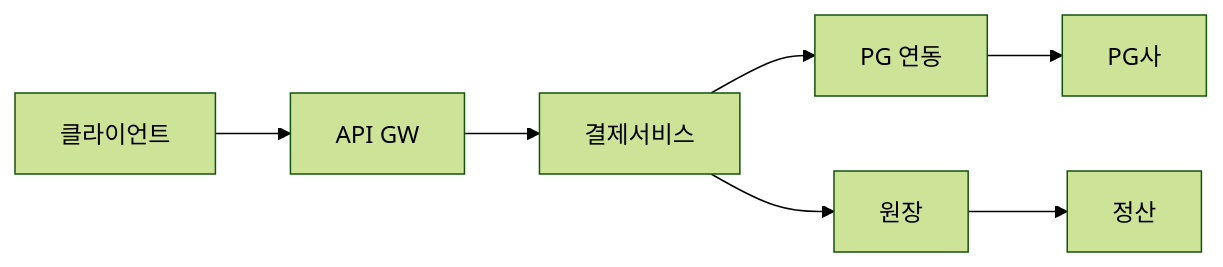
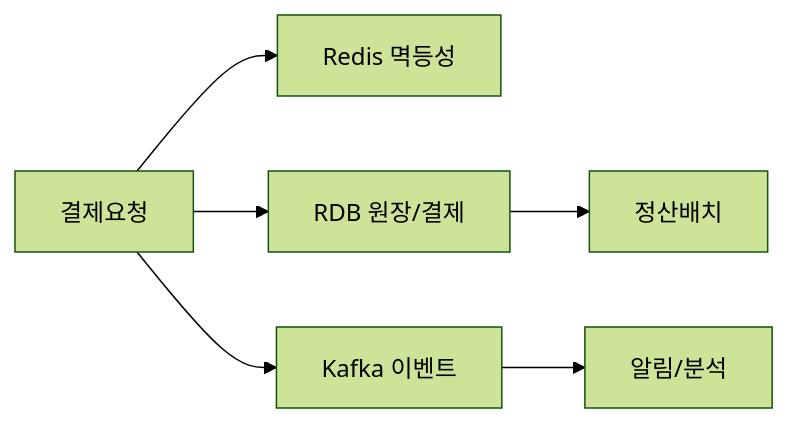
One commit to yjkim2015/yjkim2015.github.io changed the first of 4 diagrams in _posts/systemdesign/2026-05-03-system-design-payment.md. Above: the diagram before and after it, drawn with Mermaid (forest theme). The commit also changed other lines of this file and 4 other files, not shown here.

````diff
--- a/_posts/systemdesign/2026-05-03-system-design-payment.md
+++ b/_posts/systemdesign/2026-05-03-system-design-payment.md
@@ -134,6 +101,8 @@
 ```mermaid
 graph LR
-    A[클라이언트] --> B[API GW] --> C[결제서비스]
-    C --> D[PG 연동] --> G[PG사]
-    C --> E[원장] --> I[정산]
+    A[결제요청] --> B[Redis 멱등성]
+    A --> C[RDB 원장/결제]
+    A --> D[Kafka 이벤트]
+    C --> E[정산배치]
+    D --> F[알림/분석]
 ```
````
